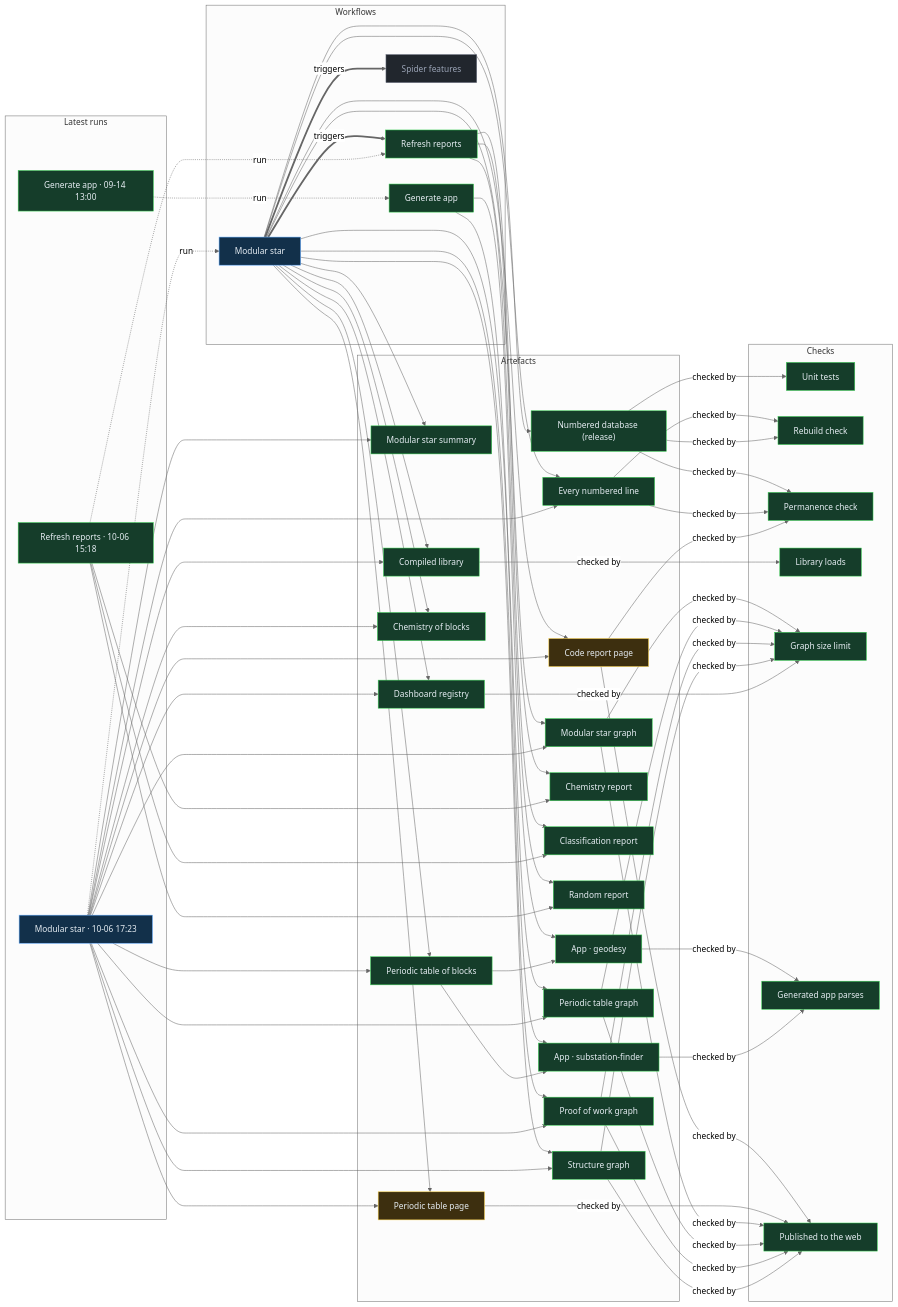
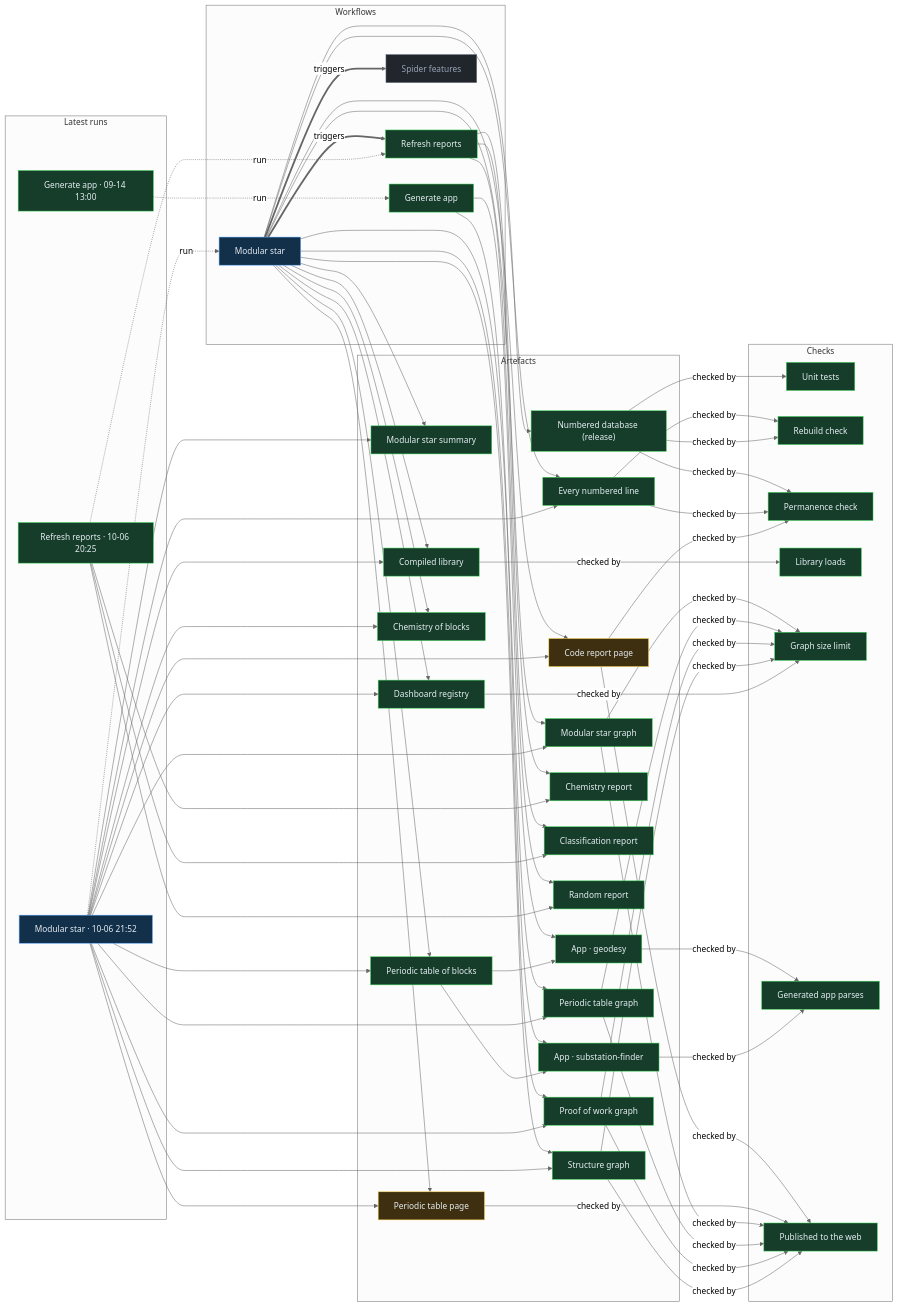
One commit to Ventusltd/stars changed the diagram in proof/PROOF.md. Above: the diagram before and after it, drawn with Mermaid (neutral theme). The commit also changed other lines of this file and 43 other files, not shown here.

Commit message:
Modular star 2026-10-06T21:55Z

```diff
--- a/proof/PROOF.md
+++ b/proof/PROOF.md
@@ -24,8 +24,8 @@
   n_wf_spider_features["Spider features"]:::off
   end
   subgraph g_runs["Latest runs"]
-  n_run_37503162626["Modular star · 10-06 17:23"]:::live
-  n_run_37486415772["Refresh reports · 10-06 15:18"]:::ok
+  n_run_37536880735["Modular star · 10-06 21:52"]:::live
+  n_run_37526340059["Refresh reports · 10-06 20:25"]:::ok
   n_run_34846587798["Generate app · 09-14 13:00"]:::ok
   end
   subgraph g_artefacts["Artefacts"]
@@ -59,39 +59,39 @@
   end
   n_wf_modular_star == triggers ==> n_wf_refresh
   n_wf_modular_star == triggers ==> n_wf_spider_features
-  n_run_37503162626 -. run .-> n_wf_modular_star
-  n_run_37486415772 -. run .-> n_wf_refresh
+  n_run_37536880735 -. run .-> n_wf_modular_star
+  n_run_37526340059 -. run .-> n_wf_refresh
   n_run_34846587798 -. run .-> n_wf_generate
   n_wf_modular_star --> n_art_summary
-  n_run_37503162626 --> n_art_summary
+  n_run_37536880735 --> n_art_summary
   n_wf_modular_star --> n_art_lines
-  n_run_37503162626 --> n_art_lines
+  n_run_37536880735 --> n_art_lines
   n_wf_modular_star --> n_art_code
-  n_run_37503162626 --> n_art_code
+  n_run_37536880735 --> n_art_code
   n_wf_modular_star --> n_art_modular_graph
-  n_run_37503162626 --> n_art_modular_graph
+  n_run_37536880735 --> n_art_modular_graph
   n_wf_modular_star --> n_art_blocks
-  n_run_37503162626 --> n_art_blocks
+  n_run_37536880735 --> n_art_blocks
   n_wf_modular_star --> n_art_table
-  n_run_37503162626 --> n_art_table
+  n_run_37536880735 --> n_art_table
   n_wf_modular_star --> n_art_blocks_graph
-  n_run_37503162626 --> n_art_blocks_graph
+  n_run_37536880735 --> n_art_blocks_graph
   n_wf_modular_star --> n_art_reactions
-  n_run_37503162626 --> n_art_reactions
+  n_run_37536880735 --> n_art_reactions
   n_wf_modular_star --> n_art_library
-  n_run_37503162626 --> n_art_library
+  n_run_37536880735 --> n_art_library
   n_wf_modular_star --> n_art_features
-  n_run_37503162626 --> n_art_features
+  n_run_37536880735 --> n_art_features
   n_wf_modular_star --> n_art_proof
-  n_run_37503162626 --> n_art_proof
+  n_run_37536880735 --> n_art_proof
   n_wf_modular_star --> n_art_structure
-  n_run_37503162626 --> n_art_structure
+  n_run_37536880735 --> n_art_structure
   n_wf_refresh --> n_art_chemistry
-  n_run_37486415772 --> n_art_chemistry
+  n_run_37526340059 --> n_art_chemistry
   n_wf_refresh --> n_art_vedic
-  n_run_37486415772 --> n_art_vedic
+  n_run_37526340059 --> n_art_vedic
   n_wf_refresh --> n_art_random
-  n_run_37486415772 --> n_art_random
+  n_run_37526340059 --> n_art_random
   n_wf_modular_star --> n_art_release
   n_wf_generate --> n_app_geodesy
   n_art_blocks --> n_app_geodesy
```
